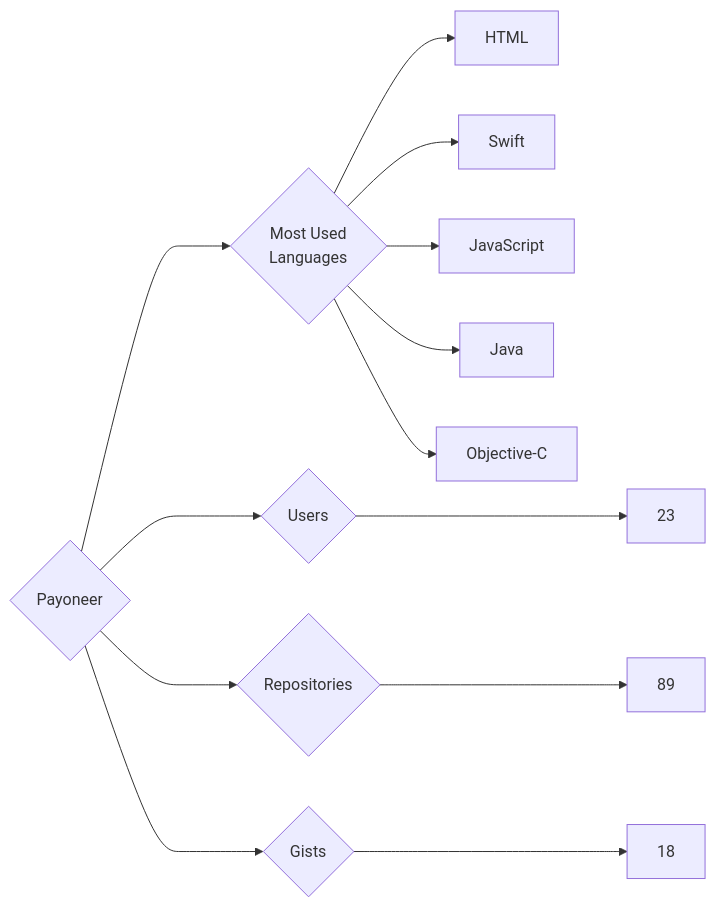
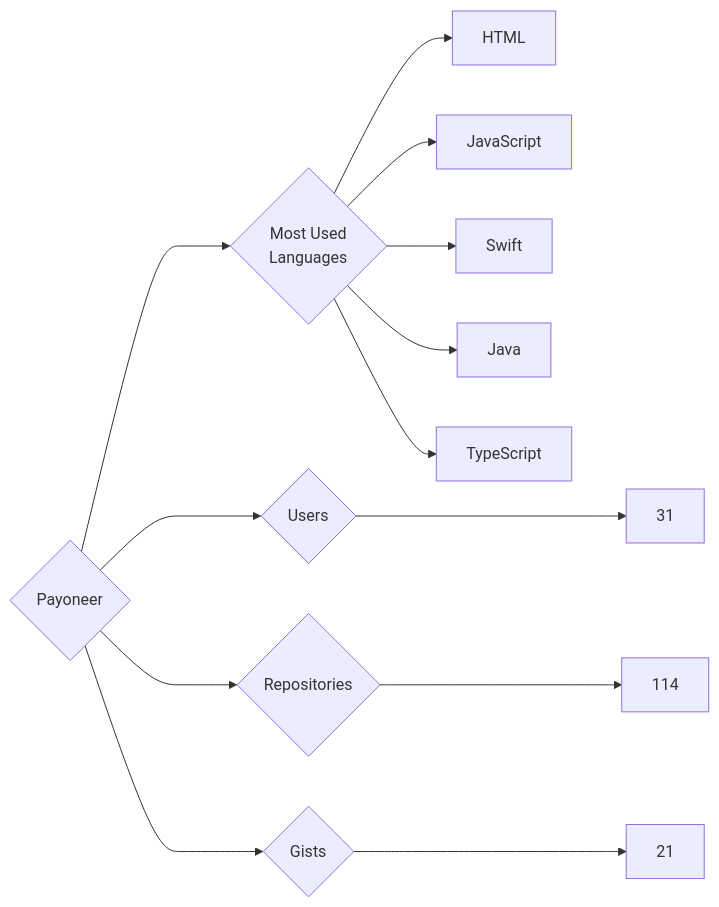
Before and after one commit to trickest/insiders: the diagram in targets/Payoneer/README.md, drawn with Mermaid. The commit also changed 1011 other files, not shown here.

````diff
--- a/targets/Payoneer/README.md
+++ b/targets/Payoneer/README.md
@@ -3,13 +3,13 @@
 ```mermaid
 graph LR
 COMPANY_NAME{Payoneer}
-COMPANY_NAME ---> U{Users} ---> UN[23]
-COMPANY_NAME ---> R{Repositories} ---> RN[89]
-COMPANY_NAME ---> G{Gists} ---> GN[18]
+COMPANY_NAME ---> U{Users} ---> UN[31]
+COMPANY_NAME ---> R{Repositories} ---> RN[114]
+COMPANY_NAME ---> G{Gists} ---> GN[21]
 COMPANY_NAME ---> ML{Most Used<br>Languages}
 ML --> HTML[HTML]
+ML --> JavaScript[JavaScript]
 ML --> Swift[Swift]
-ML --> JavaScript[JavaScript]
 ML --> Java[Java]
-ML --> Objective-C[Objective-C]
+ML --> TypeScript[TypeScript]
 ```
````
